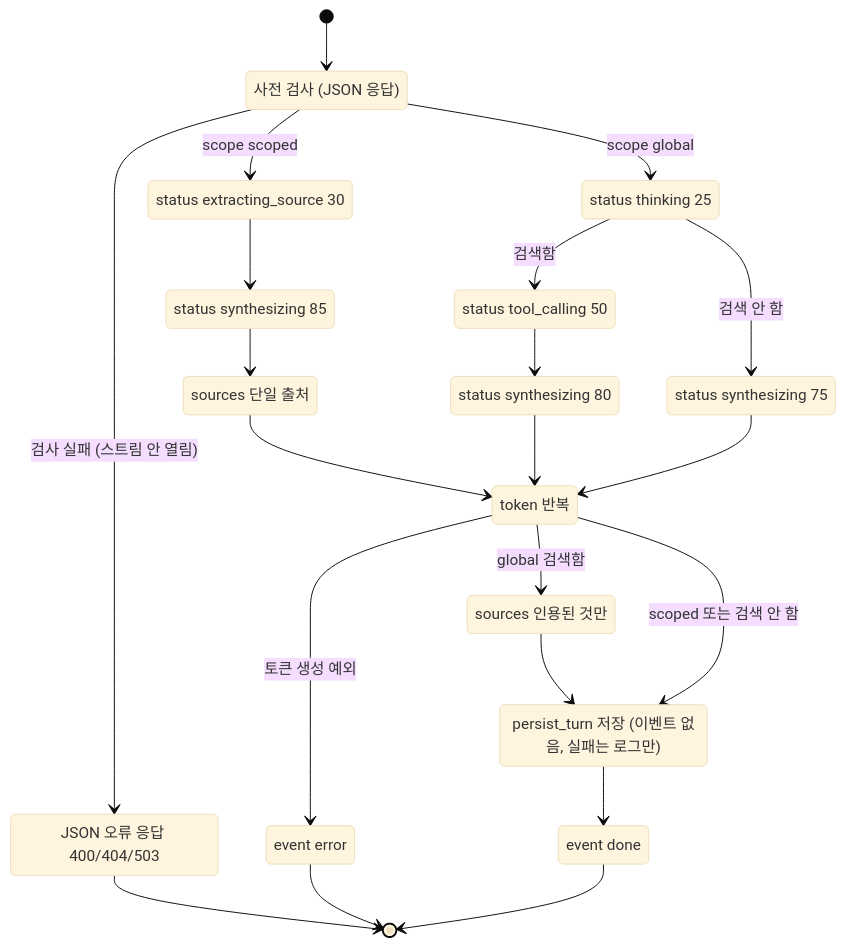
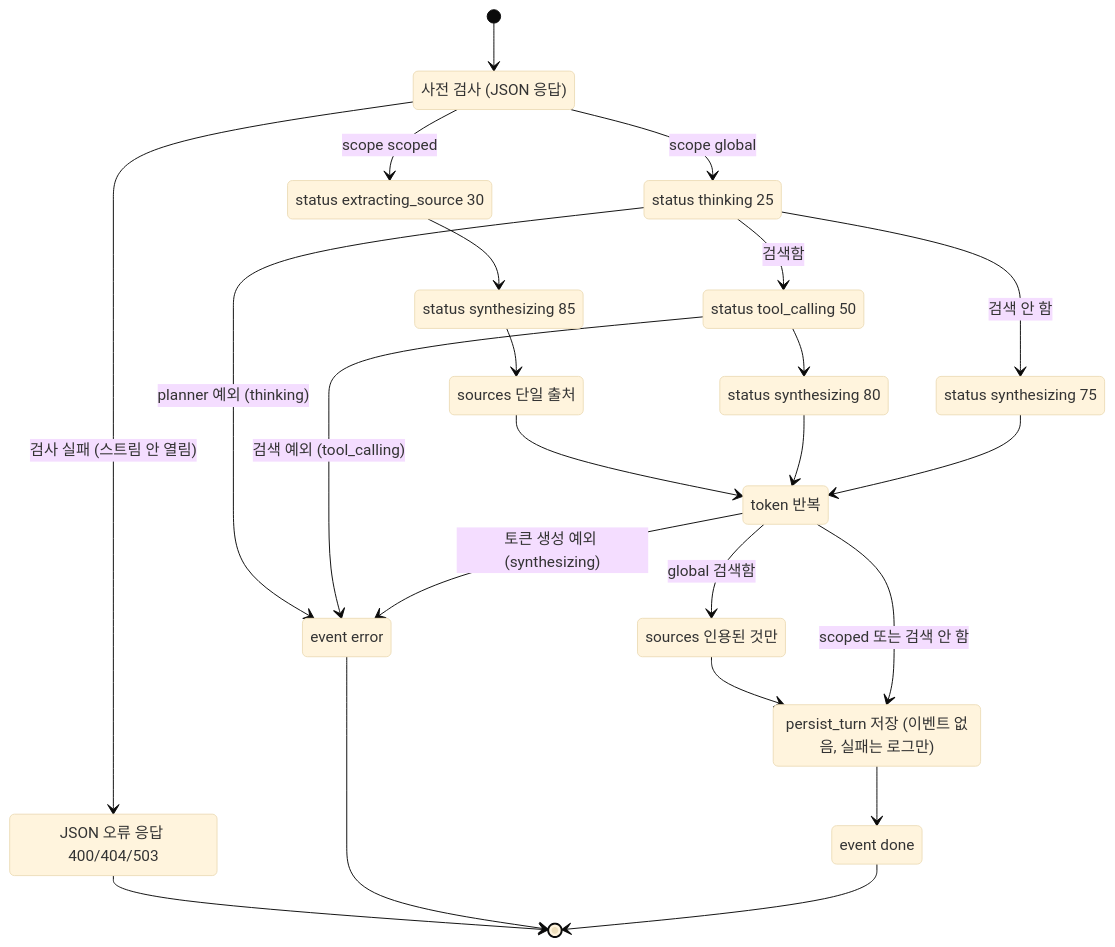
Before and after one commit to ozplayground/agent-lens: the third of 3 diagrams in docs/system-designer/01_SYSTEM_DESIGN.md, drawn with Mermaid (base theme). The commit also changed other lines of this file and 216 other files, not shown here.

````diff
--- a/docs/system-designer/01_SYSTEM_DESIGN.md
+++ b/docs/system-designer/01_SYSTEM_DESIGN.md
@@ -1175,37 +1059,39 @@
 ```mermaid
 stateDiagram-v2
     state "사전 검사 (JSON 응답)" as pre
     state "JSON 오류 응답 400/404/503" as jerr
     state "status extracting_source 30" as s1
     state "status synthesizing 85" as s2
     state "sources 단일 출처" as s3
     state "status thinking 25" as g1
     state "status tool_calling 50" as g2
     state "status synthesizing 80" as g3
     state "status synthesizing 75" as g4
     state "token 반복" as tok
     state "event error" as err
     state "sources 인용된 것만" as cited
     state "event done" as done
     state "persist_turn 저장 (이벤트 없음, 실패는 로그만)" as save
     [*] --> pre
     pre --> jerr: 검사 실패 (스트림 안 열림)
     jerr --> [*]
     pre --> s1: scope scoped
     s1 --> s2
     s2 --> s3
     s3 --> tok
     pre --> g1: scope global
+    g1 --> err: planner 예외 (thinking)
     g1 --> g2: 검색함
+    g2 --> err: 검색 예외 (tool_calling)
     g2 --> g3
     g1 --> g4: 검색 안 함
     g3 --> tok
     g4 --> tok
-    tok --> err: 토큰 생성 예외
+    tok --> err: 토큰 생성 예외 (synthesizing)
     err --> [*]
     tok --> cited: global 검색함
     cited --> save
     tok --> save: scoped 또는 검색 안 함
     save --> done
     done --> [*]
 ```
````
